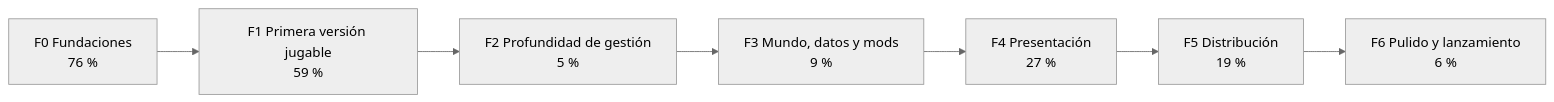
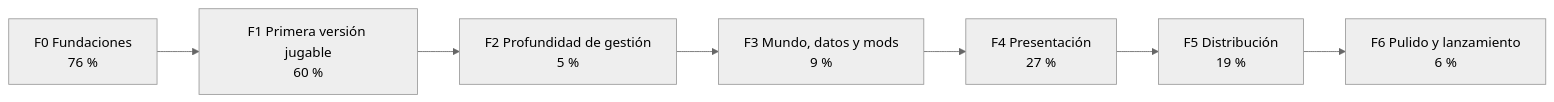
Before and after one commit to dariogea/BM27: the first of 2 diagrams in README.md, drawn with Mermaid (neutral theme). The commit also changed other lines of this file and 12 other files, not shown here.

````diff
--- a/README.md
+++ b/README.md
@@ -91,11 +91,11 @@
 ```mermaid
 flowchart LR
   F0["F0 Fundaciones<br/>76 %"]
-  F1["F1 Primera versión jugable<br/>59 %"]
+  F1["F1 Primera versión jugable<br/>60 %"]
   F2["F2 Profundidad de gestión<br/>5 %"]
   F3["F3 Mundo, datos y mods<br/>9 %"]
   F4["F4 Presentación<br/>27 %"]
   F5["F5 Distribución<br/>19 %"]
   F6["F6 Pulido y lanzamiento<br/>6 %"]
   F0 --> F1 --> F2 --> F3 --> F4 --> F5 --> F6
 ```
````
